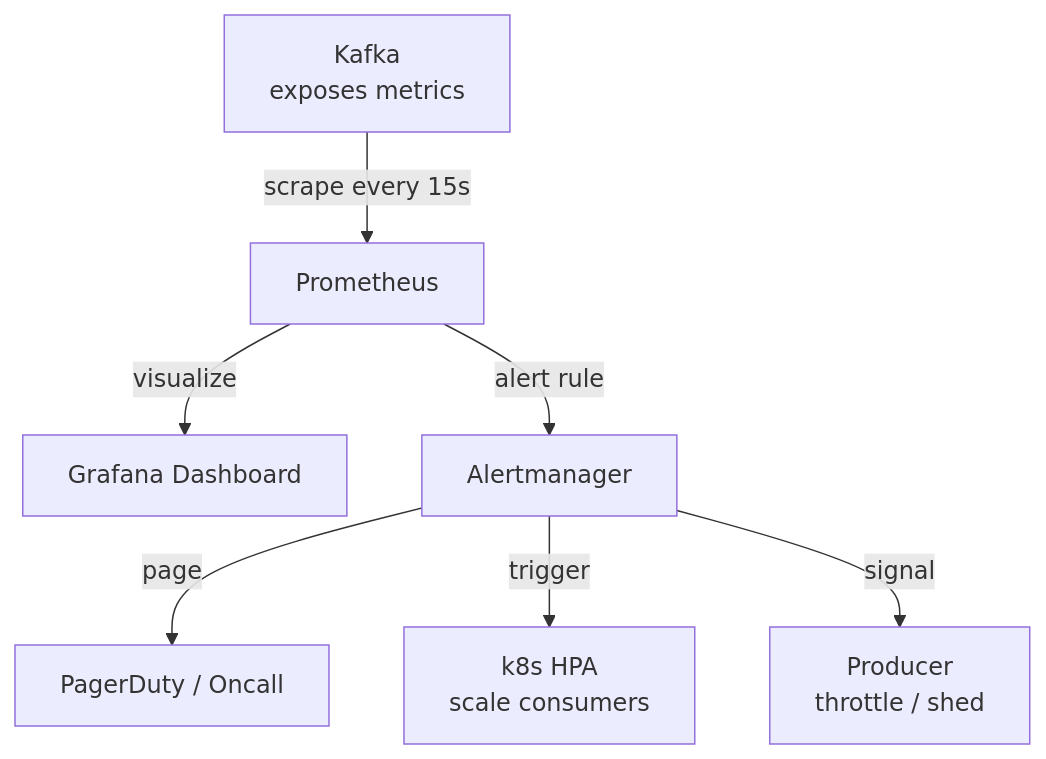
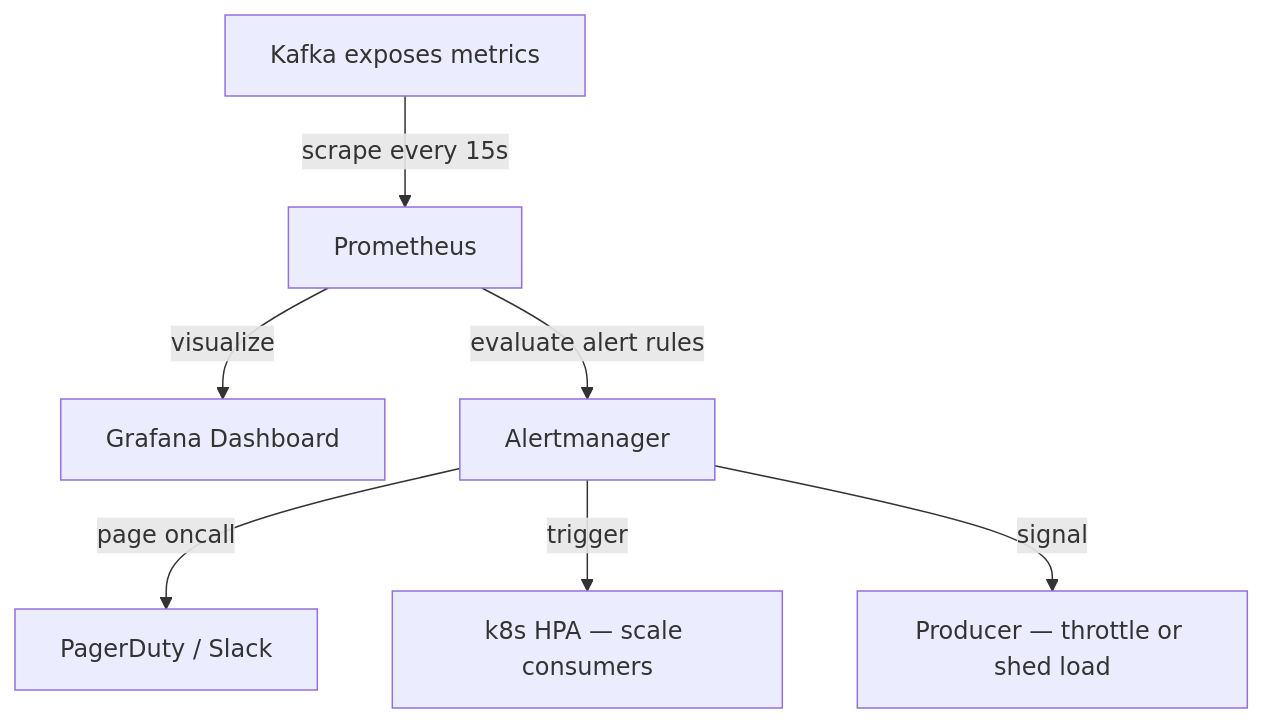
Before and after one commit to Dummy-Bug/system-design-handbook: the first of 2 diagrams in System Design/SDE2/06-Messaging-and-Event-Driven/14-Backpressure/04-Backpressure-Signals.md, drawn with Mermaid. The commit also changed other lines of this file and 12 other files, not shown here.

````diff
--- a/System Design/SDE2/06-Messaging-and-Event-Driven/14-Backpressure/04-Backpressure-Signals.md
+++ b/System Design/SDE2/06-Messaging-and-Event-Driven/14-Backpressure/04-Backpressure-Signals.md
@@ -15,9 +20,9 @@
 ```mermaid
 graph TD
-    K[Kafka<br/>exposes metrics] -->|scrape every 15s| P[Prometheus]
+    K[Kafka exposes metrics] -->|scrape every 15s| P[Prometheus]
     P -->|visualize| G[Grafana Dashboard]
-    P -->|alert rule| A[Alertmanager]
-    A -->|page| PD[PagerDuty / Oncall]
-    A -->|trigger| HPA[k8s HPA<br/>scale consumers]
-    A -->|signal| PR[Producer<br/>throttle / shed]
+    P -->|evaluate alert rules| A[Alertmanager]
+    A -->|page oncall| PD[PagerDuty / Slack]
+    A -->|trigger| HPA[k8s HPA — scale consumers]
+    A -->|signal| PR[Producer — throttle or shed load]
 ```
````
